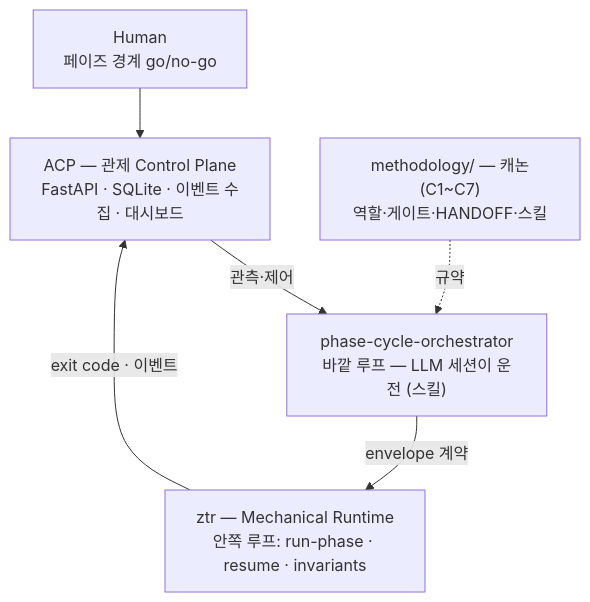
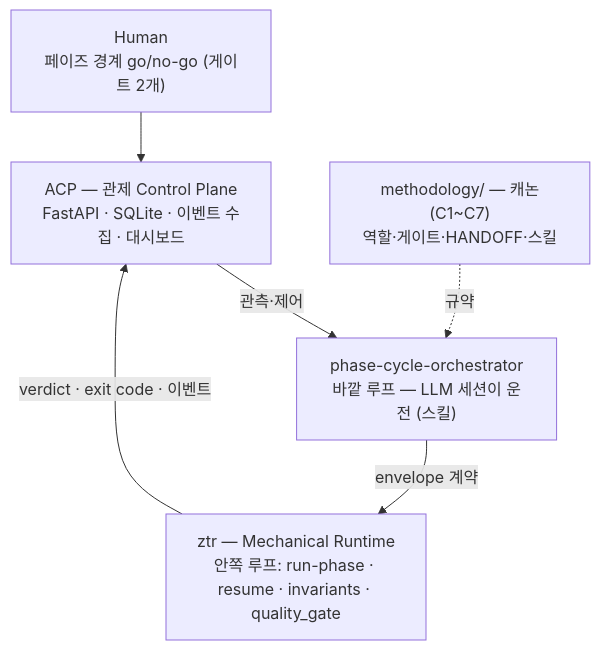
One commit to SangHun-Kimvalue/MultiAgent_Monorepo changed the diagram in README.md. Above: the diagram before and after it, drawn with Mermaid. The commit also changed other lines of this file, not shown here.

First line of the commit message:
docs(README): 노션 정합 갱신 — 테스트 합계 약 1,780·휴먼 게이트 2개·2026-08 확장 섹션·NOT CLAIMED 3줄·제목/인용구를 '검증 체계로 통제' 정의로

````diff
--- a/README.md
+++ b/README.md
@@ -34,8 +36,8 @@
 ```mermaid
 flowchart TD
-    H["Human<br/>페이즈 경계 go/no-go"] --> ACP["ACP — 관제 Control Plane<br/>FastAPI · SQLite · 이벤트 수집 · 대시보드"]
+    H["Human<br/>페이즈 경계 go/no-go (게이트 2개)"] --> ACP["ACP — 관제 Control Plane<br/>FastAPI · SQLite · 이벤트 수집 · 대시보드"]
     ACP -->|관측·제어| ORCH["phase-cycle-orchestrator<br/>바깥 루프 — LLM 세션이 운전 (스킬)"]
-    ORCH -->|envelope 계약| ZTR["ztr — Mechanical Runtime<br/>안쪽 루프: run-phase · resume · invariants"]
-    ZTR -->|"exit code · 이벤트"| ACP
+    ORCH -->|envelope 계약| ZTR["ztr — Mechanical Runtime<br/>안쪽 루프: run-phase · resume · invariants · quality_gate"]
+    ZTR -->|"verdict · exit code · 이벤트"| ACP
     M["methodology/ — 캐논(C1~C7)<br/>역할·게이트·HANDOFF·스킬"] -.규약.-> ORCH
 ```
````
